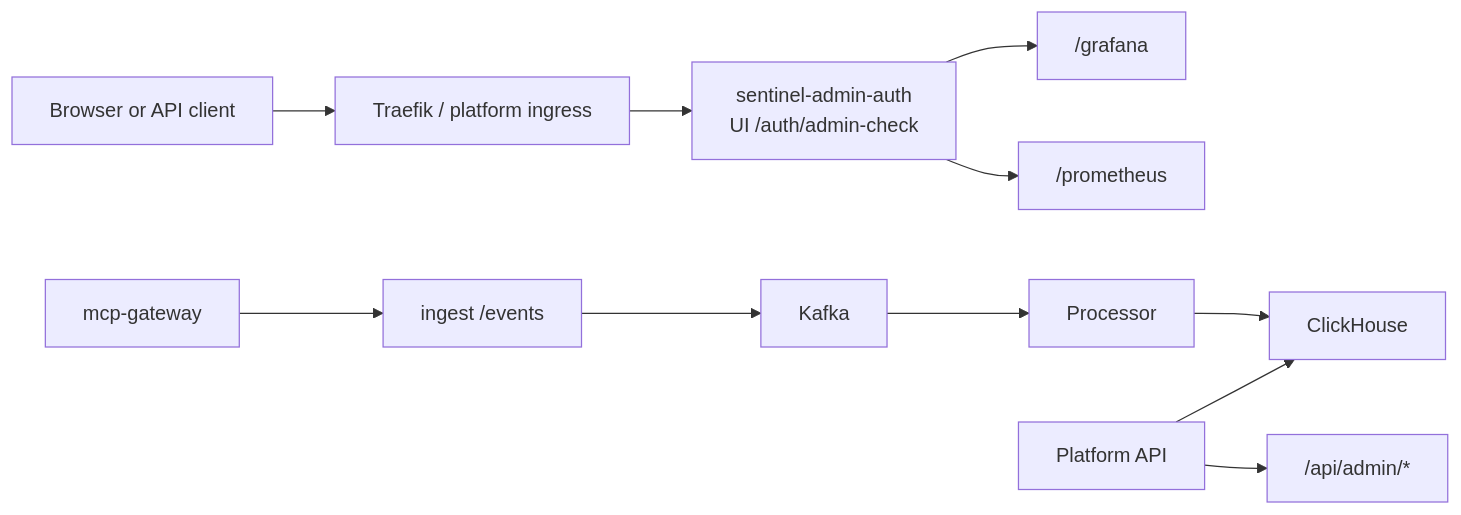
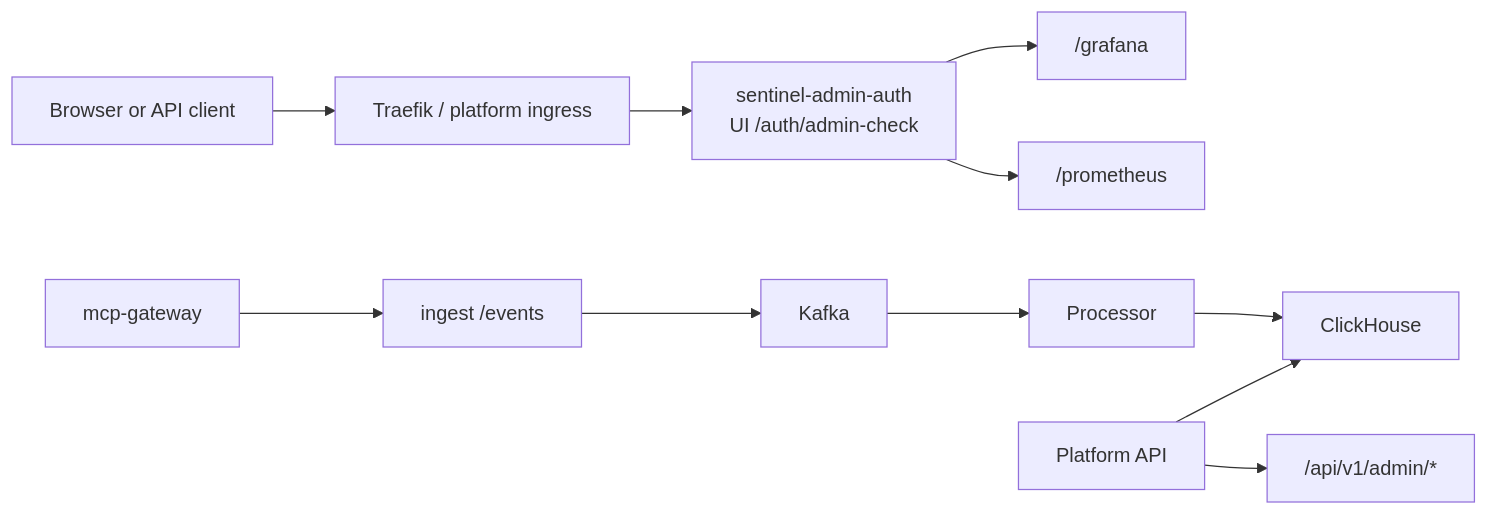
One commit to Agent-Hellboy/mcp-runtime changed the ninth of 9 diagrams in docs/internals/request-flows.md. Above: the diagram before and after it, drawn with Mermaid. The commit also changed other lines of this file and 36 other files, not shown here.

````diff
--- a/docs/internals/request-flows.md
+++ b/docs/internals/request-flows.md
@@ -303,13 +303,13 @@
 ```mermaid
 flowchart LR
     Browser["Browser or API client"] --> Ingress["Traefik / platform ingress"]
     Ingress --> Auth["sentinel-admin-auth\nUI /auth/admin-check"]
     Auth --> Grafana["/grafana"]
     Auth --> Prometheus["/prometheus"]
     Gateway["mcp-gateway"] --> Ingest["ingest /events"]
     Ingest --> Kafka
     Kafka --> Processor
     Processor --> ClickHouse
     API["Platform API"] --> ClickHouse
-    API --> Admin["/api/admin/*"]
+    API --> Admin["/api/v1/admin/*"]
 ```
````
